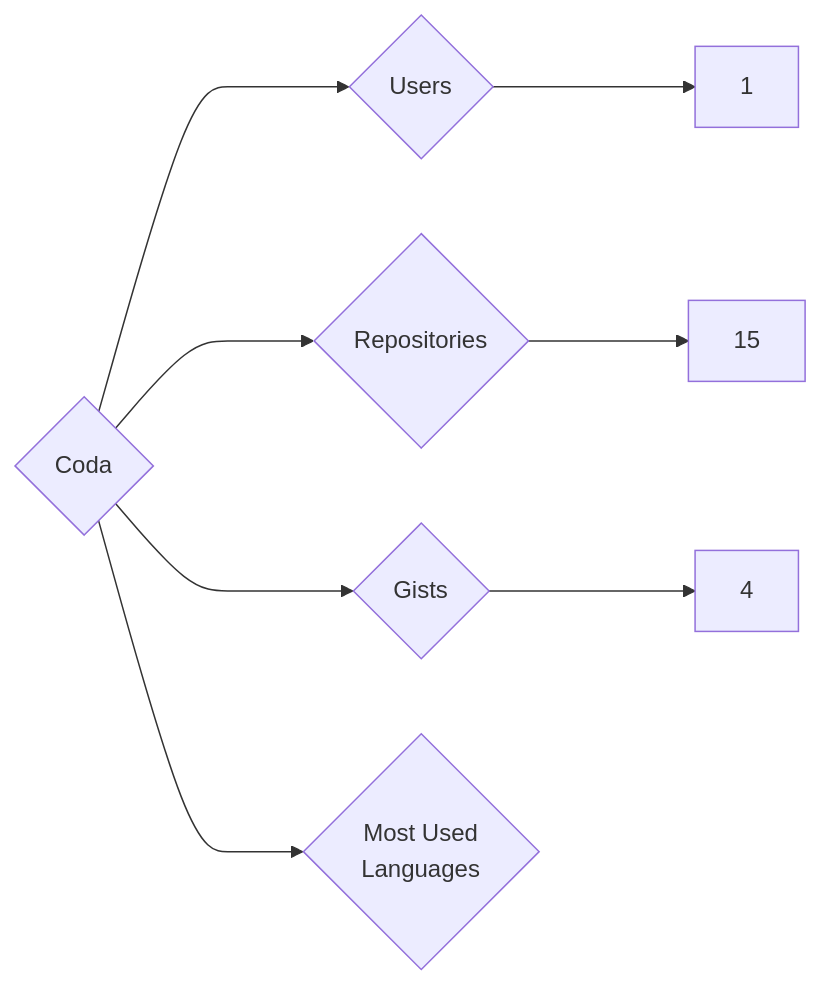
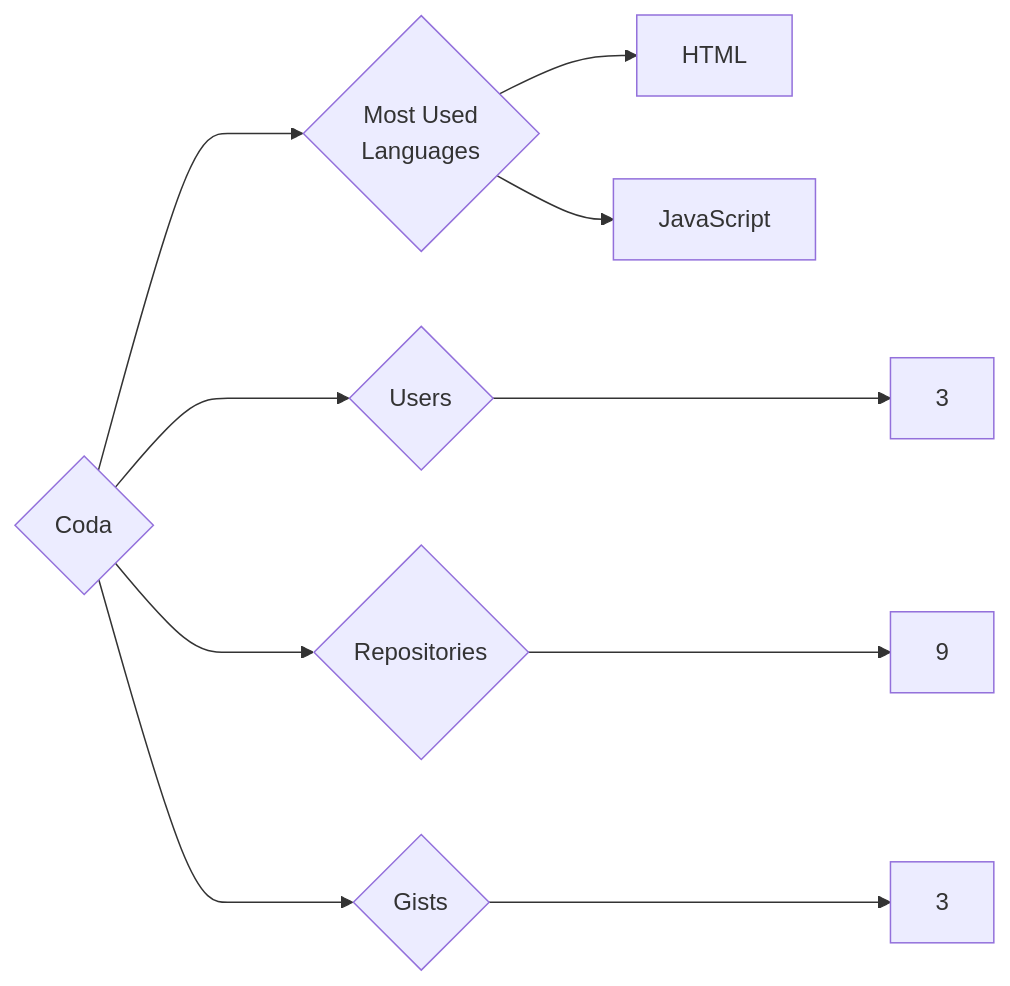
The diagram in targets/Coda/README.md (trickest/insiders), drawn with Mermaid before and after one commit. The commit also changed 1003 other files, not shown here.

````diff
--- a/targets/Coda/README.md
+++ b/targets/Coda/README.md
@@ -3,8 +3,10 @@
 ```mermaid
 graph LR
 COMPANY_NAME{Coda}
-COMPANY_NAME ---> U{Users} ---> UN[1]
-COMPANY_NAME ---> R{Repositories} ---> RN[15]
-COMPANY_NAME ---> G{Gists} ---> GN[4]
+COMPANY_NAME ---> U{Users} ---> UN[3]
+COMPANY_NAME ---> R{Repositories} ---> RN[9]
+COMPANY_NAME ---> G{Gists} ---> GN[3]
 COMPANY_NAME ---> ML{Most Used<br>Languages}
+ML --> HTML[HTML]
+ML --> JavaScript[JavaScript]
 ```
````
